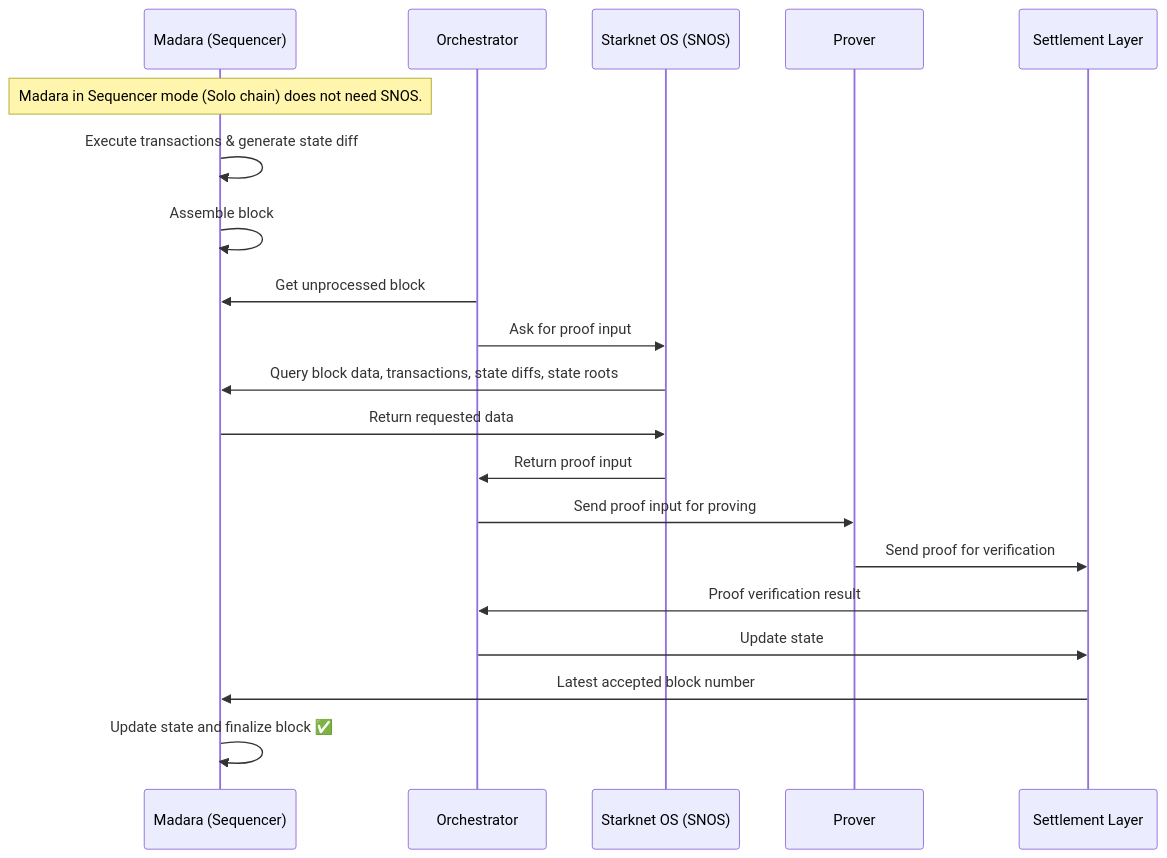
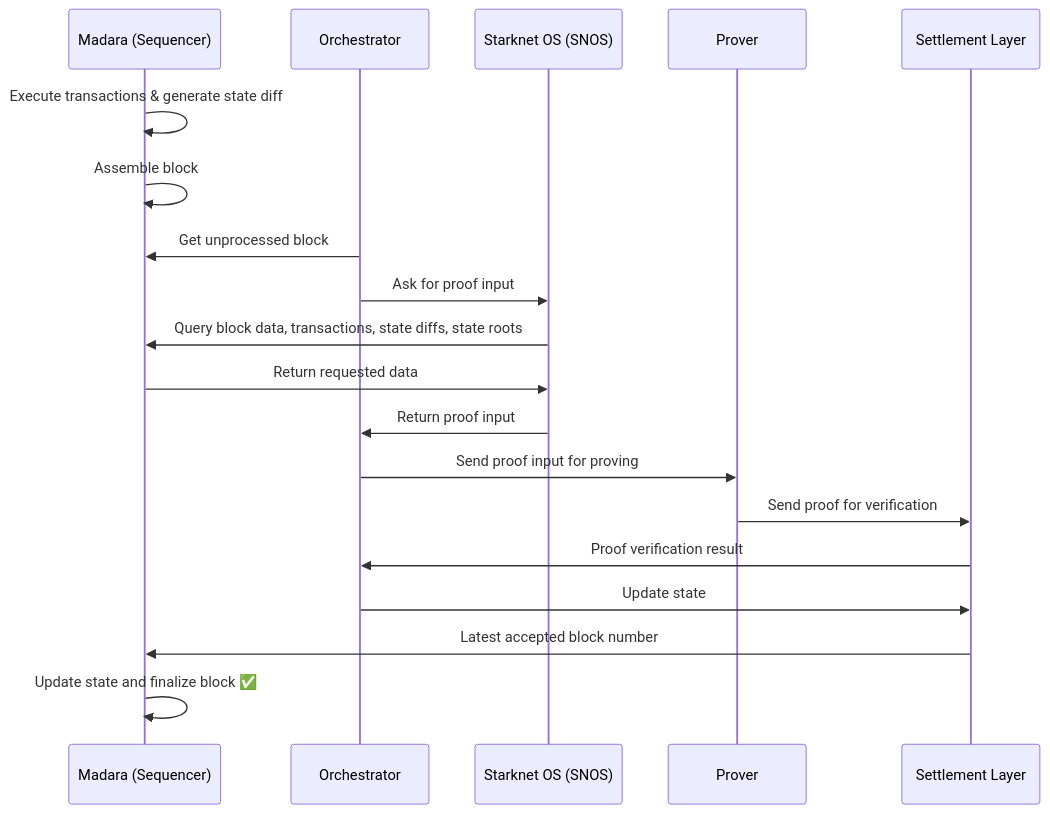
Before and after one commit to walnuthq/madara-docs: the diagram in docs/components/architecture.md, drawn with Mermaid. The commit also changed other lines of this file and 2 other files, not shown here.

````diff
--- a/docs/components/architecture.md
+++ b/docs/components/architecture.md
@@ -33,30 +33,28 @@
 ```mermaid
 sequenceDiagram
 
     participant Sequencer as Madara (Sequencer)
     participant Orchestrator
     participant SNOS as Starknet OS (SNOS)
     participant Prover
     participant Verifier as Settlement Layer
-
-    Note over Sequencer: Madara in Sequencer mode (Solo chain) does not need SNOS.
 
     Sequencer ->> Sequencer: Execute transactions & generate state diff
     Sequencer ->> Sequencer: Assemble block
 
     Orchestrator ->> Sequencer: Get unprocessed block
 
     Orchestrator ->> SNOS: Ask for proof input
     SNOS ->> Sequencer: Query block data, transactions, state diffs, state roots
     Sequencer ->> SNOS: Return requested data
     SNOS ->> Orchestrator: Return proof input
     
     Orchestrator ->> Prover: Send proof input for proving
     Prover ->> Verifier: Send proof for verification
     Verifier ->> Orchestrator: Proof verification result
 
     Orchestrator ->> Verifier: Update state
     Verifier ->> Sequencer: Latest accepted block number
 
     Sequencer ->> Sequencer: Update state and finalize block ✅
 ```
````
